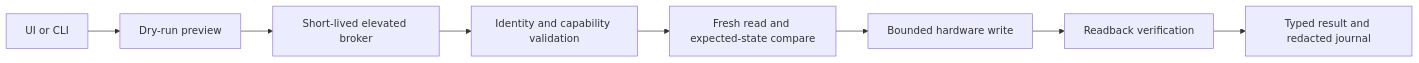
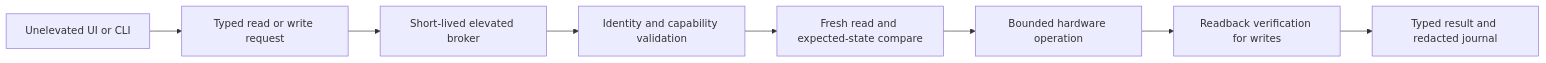
One commit to Anandb71/Legion-LOQ-control changed the third of 3 diagrams in docs/ARCHITECTURE.md. Above: the diagram before and after it, drawn with Mermaid. The commit also changed other lines of this file and 22 other files, not shown here.

First line of the commit message:
feat: add typed hardware state reads

````diff
--- a/docs/ARCHITECTURE.md
+++ b/docs/ARCHITECTURE.md
@@ -51,10 +73,10 @@
 ```mermaid
 flowchart LR
-    Client[UI or CLI] --> Preview[Dry-run preview]
-    Preview --> Broker[Short-lived elevated broker]
+    Client[Unelevated UI or CLI] --> Request[Typed read or write request]
+    Request --> Broker[Short-lived elevated broker]
     Broker --> Validate[Identity and capability validation]
     Validate --> Compare[Fresh read and expected-state compare]
-    Compare --> Write[Bounded hardware write]
-    Write --> Verify[Readback verification]
+    Compare --> Operation[Bounded hardware operation]
+    Operation --> Verify[Readback verification for writes]
     Verify --> Result[Typed result and redacted journal]
 ```
````
